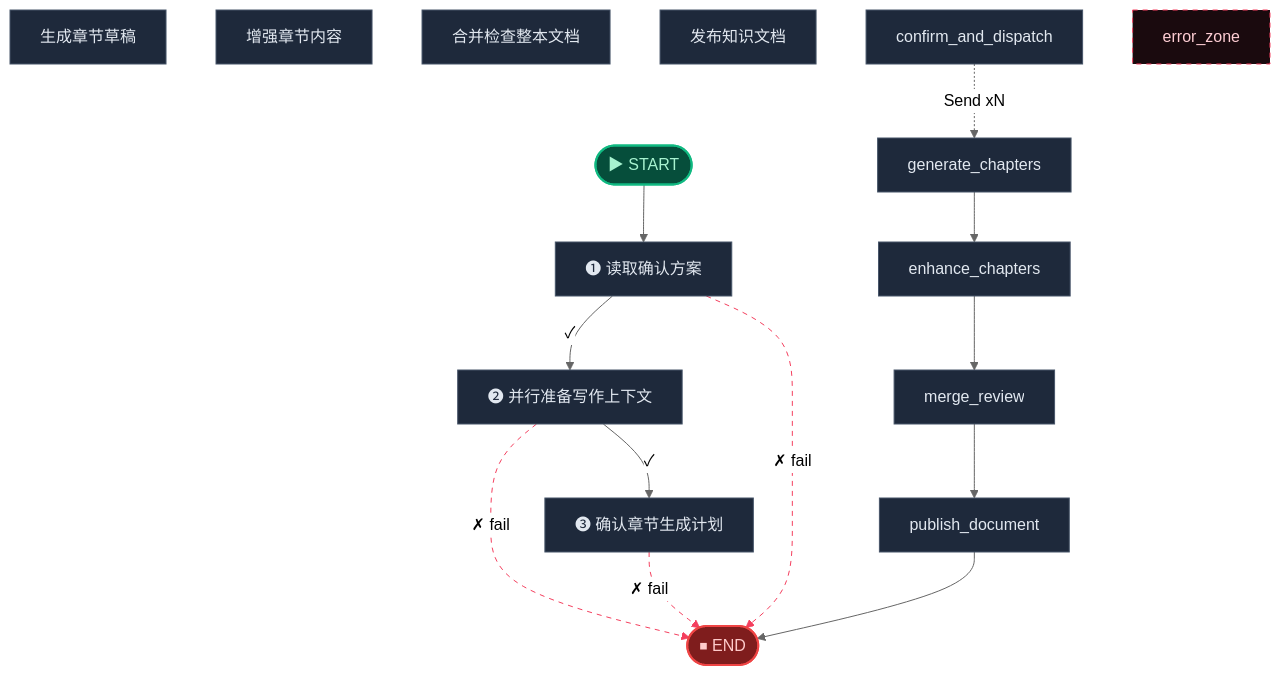
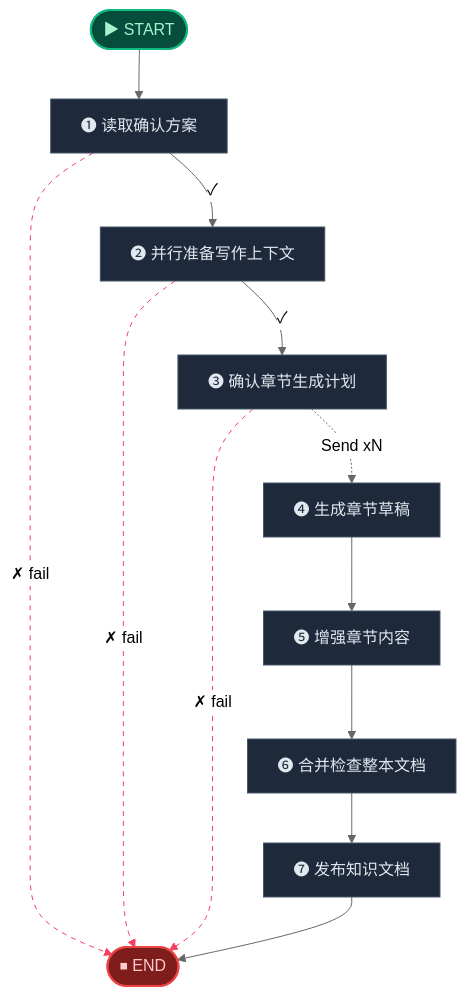
Before and after one commit to aiteachme/AITeachMe: the second of 3 diagrams in backend/scripts/.generated_workflow_diagrams/digest.md, drawn with Mermaid (neutral theme). The commit also changed other lines of this file and 9 other files, not shown here.

````diff
--- a/backend/scripts/.generated_workflow_diagrams/digest.md
+++ b/backend/scripts/.generated_workflow_diagrams/digest.md
@@ -64,35 +63,34 @@
 ```mermaid
 flowchart TD
     __start__(["▶ START"])
     读取确认方案["❶ 读取确认方案"]
     并行准备写作上下文["❷ 并行准备写作上下文"]
     确认章节生成计划["❸ 确认章节生成计划"]
-    生成章节草稿["生成章节草稿"]
-    增强章节内容["增强章节内容"]
-    合并检查整本文档["合并检查整本文档"]
-    发布知识文档["发布知识文档"]
+    生成章节草稿["❹ 生成章节草稿"]
+    增强章节内容["❺ 增强章节内容"]
+    合并检查整本文档["❻ 合并检查整本文档"]
+    发布知识文档["❼ 发布知识文档"]
     __end__(["⏹ END"])
 
     __start__ --> 读取确认方案
     并行准备写作上下文 -. "✗ fail" .-> __end__
     并行准备写作上下文 -->|"✓"| 确认章节生成计划
     确认章节生成计划 -. "✗ fail" .-> __end__
     读取确认方案 -. "✗ fail" .-> __end__
     读取确认方案 -->|"✓"| 并行准备写作上下文
-    confirm_and_dispatch -. "Send xN" .-> generate_chapters
-    generate_chapters --> enhance_chapters
-    enhance_chapters --> merge_review
-    merge_review --> publish_document
-    publish_document --> __end__
+    确认章节生成计划 -. "Send xN" .-> 生成章节草稿
+    生成章节草稿 --> 增强章节内容
+    增强章节内容 --> 合并检查整本文档
+    合并检查整本文档 --> 发布知识文档
+    发布知识文档 --> __end__
 
     %% ── Styling ──
     classDef startCls fill:#064e3b,stroke:#10b981,stroke-width:2px,color:#a7f3d0
     classDef endCls fill:#7f1d1d,stroke:#ef4444,stroke-width:2px,color:#fecaca
     classDef failCls fill:#4c0519,stroke:#f43f5e,stroke-width:2px,color:#fecdd3
     classDef termCls fill:#1e3a5f,stroke:#3b82f6,stroke-width:2px,color:#93c5fd
     classDef default fill:#1e293b,stroke:#475569,stroke-width:1px,color:#e2e8f0
-    style error_zone fill:#1a0a0e,stroke:#f43f5e,stroke-width:1px,color:#fecdd3,stroke-dasharray:5
     class __start__ startCls
     class __end__ endCls
     linkStyle 1,3,4 stroke:#f43f5e,stroke-dasharray:5
 ```
````
